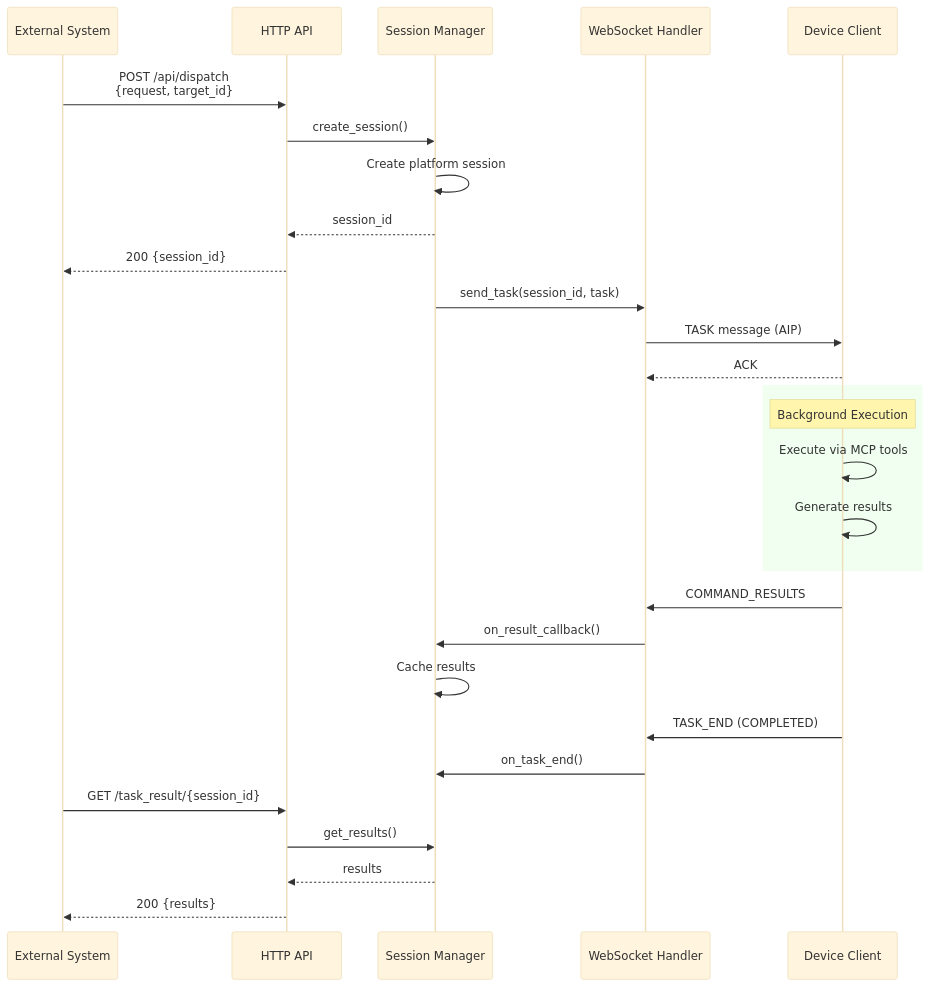
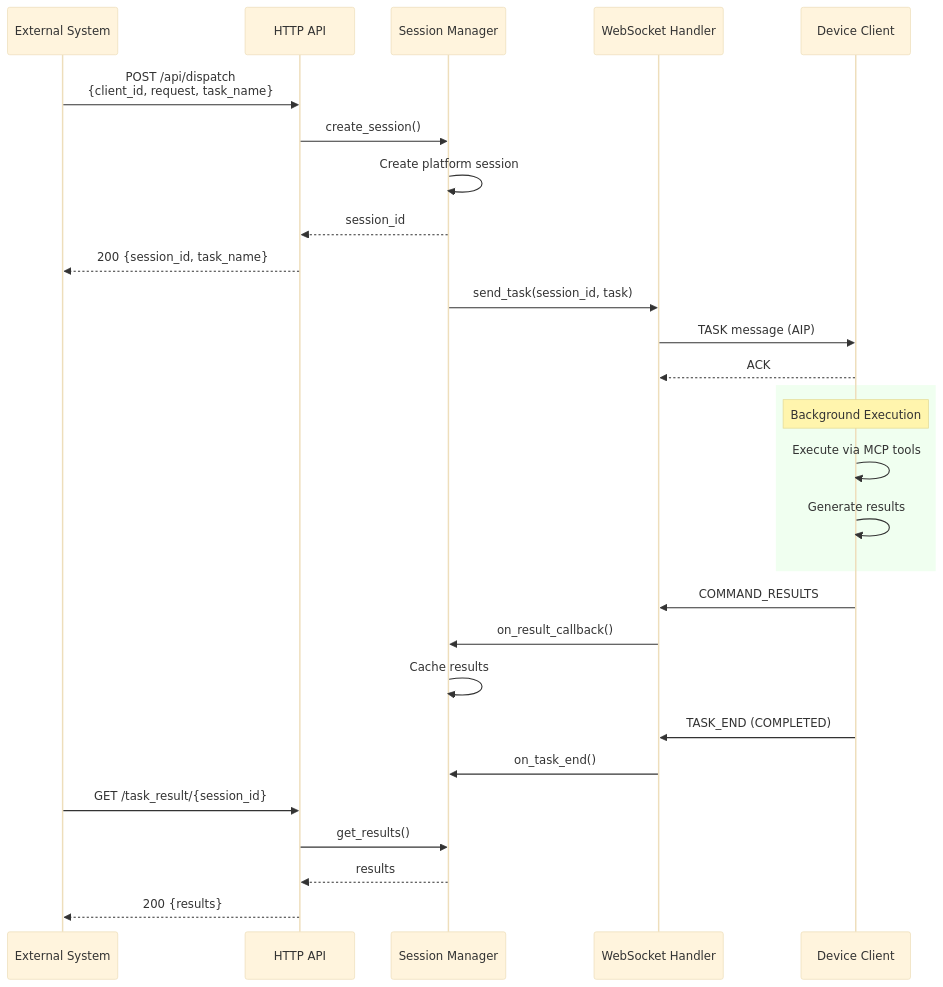
One commit to microsoft/UFO changed the fourth of 6 diagrams in documents/docs/server/overview.md. Above: the diagram before and after it, drawn with Mermaid (base theme). The commit also changed other lines of this file and 27 other files, not shown here.

````diff
--- a/documents/docs/server/overview.md
+++ b/documents/docs/server/overview.md
@@ -311,36 +289,36 @@
 ```mermaid
 sequenceDiagram
     participant EXT as External System
     participant HTTP as HTTP API
     participant SM as Session Manager
     participant WSH as WebSocket Handler
     participant DC as Device Client
     
-    EXT->>HTTP: POST /api/dispatch<br/>{request, target_id}
+    EXT->>HTTP: POST /api/dispatch<br/>{client_id, request, task_name}
     HTTP->>SM: create_session()
     SM->>SM: Create platform session
     SM-->>HTTP: session_id
-    HTTP-->>EXT: 200 {session_id}
+    HTTP-->>EXT: 200 {session_id, task_name}
     
     SM->>WSH: send_task(session_id, task)
     WSH->>DC: TASK message (AIP)
     DC-->>WSH: ACK
     
     rect rgb(240, 255, 240)
         Note over DC: Background Execution
         DC->>DC: Execute via MCP tools
         DC->>DC: Generate results
     end
     
     DC->>WSH: COMMAND_RESULTS
     WSH->>SM: on_result_callback()
     SM->>SM: Cache results
     
     DC->>WSH: TASK_END (COMPLETED)
     WSH->>SM: on_task_end()
     
     EXT->>HTTP: GET /task_result/{session_id}
     HTTP->>SM: get_results()
     SM-->>HTTP: results
     HTTP-->>EXT: 200 {results}
 ```
````
